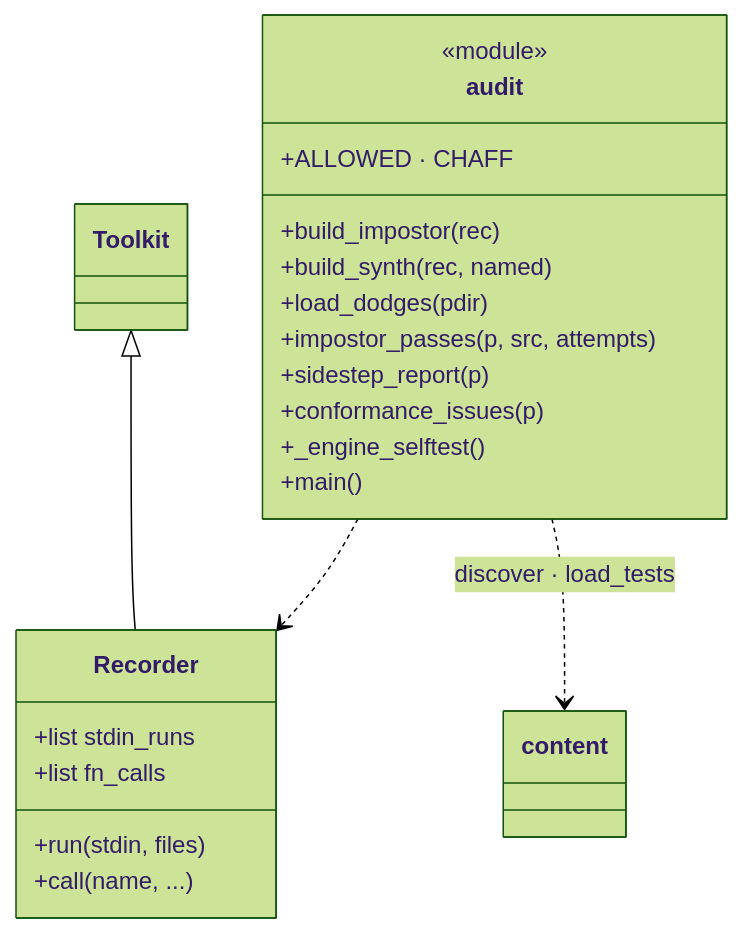
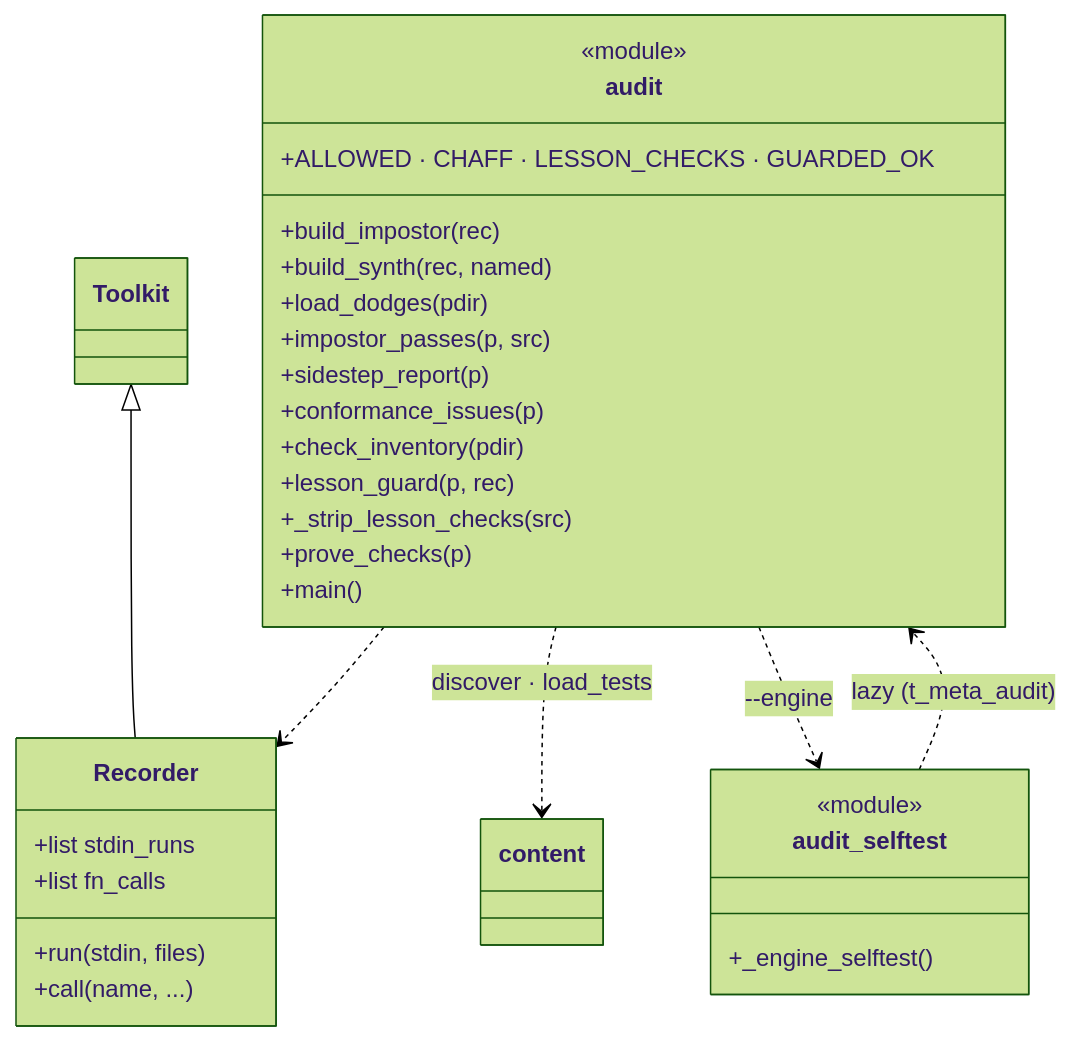
Before and after one commit to N041M/PyQuest: the second of 7 diagrams in docs/architecture/audit.md, drawn with Mermaid (forest theme). The commit also changed other lines of this file and 6 other files, not shown here.

First line of the commit message:
Add lesson-guard and prove-checks meta-audits; isolate engine self-test

````diff
--- a/docs/architecture/audit.md
+++ b/docs/architecture/audit.md
@@ -32,26 +50,35 @@
 ```mermaid
 classDiagram
     class Toolkit
     class Recorder {
         +list stdin_runs
         +list fn_calls
         +run(stdin, files)
         +call(name, ...)
     }
     Toolkit <|-- Recorder
 
     class audit {
         <<module>>
-        +ALLOWED · CHAFF
+        +ALLOWED · CHAFF · LESSON_CHECKS · GUARDED_OK
         +build_impostor(rec)
         +build_synth(rec, named)
         +load_dodges(pdir)
-        +impostor_passes(p, src, attempts)
+        +impostor_passes(p, src)
         +sidestep_report(p)
         +conformance_issues(p)
+        +check_inventory(pdir)
+        +lesson_guard(p, rec)
+        +_strip_lesson_checks(src)
+        +prove_checks(p)
+        +main()
+    }
+    class audit_selftest {
+        <<module>>
         +_engine_selftest()
-        +main()
     }
     audit ..> Recorder
     audit ..> content : discover · load_tests
+    audit ..> audit_selftest : --engine
+    audit_selftest ..> audit : lazy (t_meta_audit)
 ```
````
